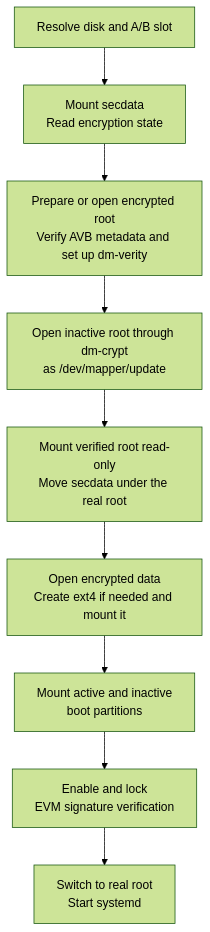
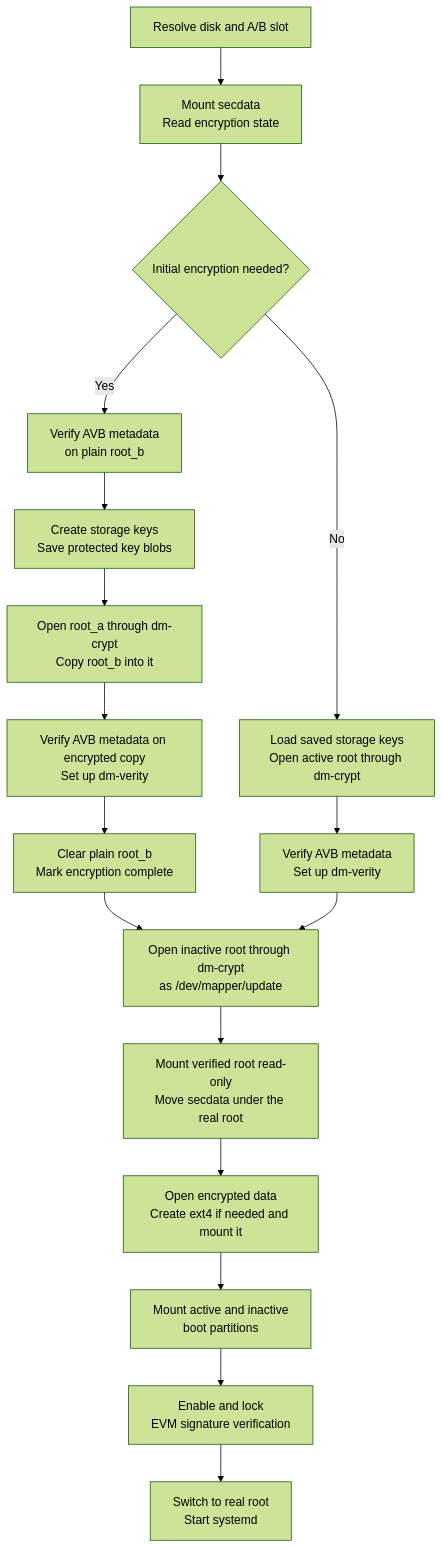
One commit to embetrix/meta-imx-secure changed the second of 2 diagrams in docs/boot-flow.md. Above: the diagram before and after it, drawn with Mermaid (forest theme).

Commit message:
docs: show separate initramfs encryption paths

````diff
--- a/docs/boot-flow.md
+++ b/docs/boot-flow.md
@@ -50,11 +50,19 @@
 ```mermaid
 flowchart TD
     SLOT["Resolve disk and A/B slot"] --> SEC["Mount secdata<br/>Read encryption state"]
-    SEC --> ROOT["Prepare or open encrypted root<br/>Verify AVB metadata and set up dm-verity"]
-    ROOT --> UPDATE["Open inactive root through dm-crypt<br/>as /dev/mapper/update"]
+    SEC --> STATE{"Initial encryption needed?"}
+    STATE -->|Yes| SOURCE["Verify AVB metadata<br/>on plain root_b"]
+    SOURCE --> NEWKEYS["Create storage keys<br/>Save protected key blobs"]
+    NEWKEYS --> COPY["Open root_a through dm-crypt<br/>Copy root_b into it"]
+    COPY --> FIRSTVERIFY["Verify AVB metadata on encrypted copy<br/>Set up dm-verity"]
+    FIRSTVERIFY --> CLEANUP["Clear plain root_b<br/>Mark encryption complete"]
+    STATE -->|No| KEYS["Load saved storage keys<br/>Open active root through dm-crypt"]
+    KEYS --> VERIFY["Verify AVB metadata<br/>Set up dm-verity"]
+    CLEANUP --> UPDATE["Open inactive root through dm-crypt<br/>as /dev/mapper/update"]
+    VERIFY --> UPDATE
     UPDATE --> MOUNT["Mount verified root read-only<br/>Move secdata under the real root"]
     MOUNT --> DATA["Open encrypted data<br/>Create ext4 if needed and mount it"]
     DATA --> BOOT["Mount active and inactive<br/>boot partitions"]
     BOOT --> EVM["Enable and lock<br/>EVM signature verification"]
     EVM --> INIT["Switch to real root<br/>Start systemd"]
 ```
````
